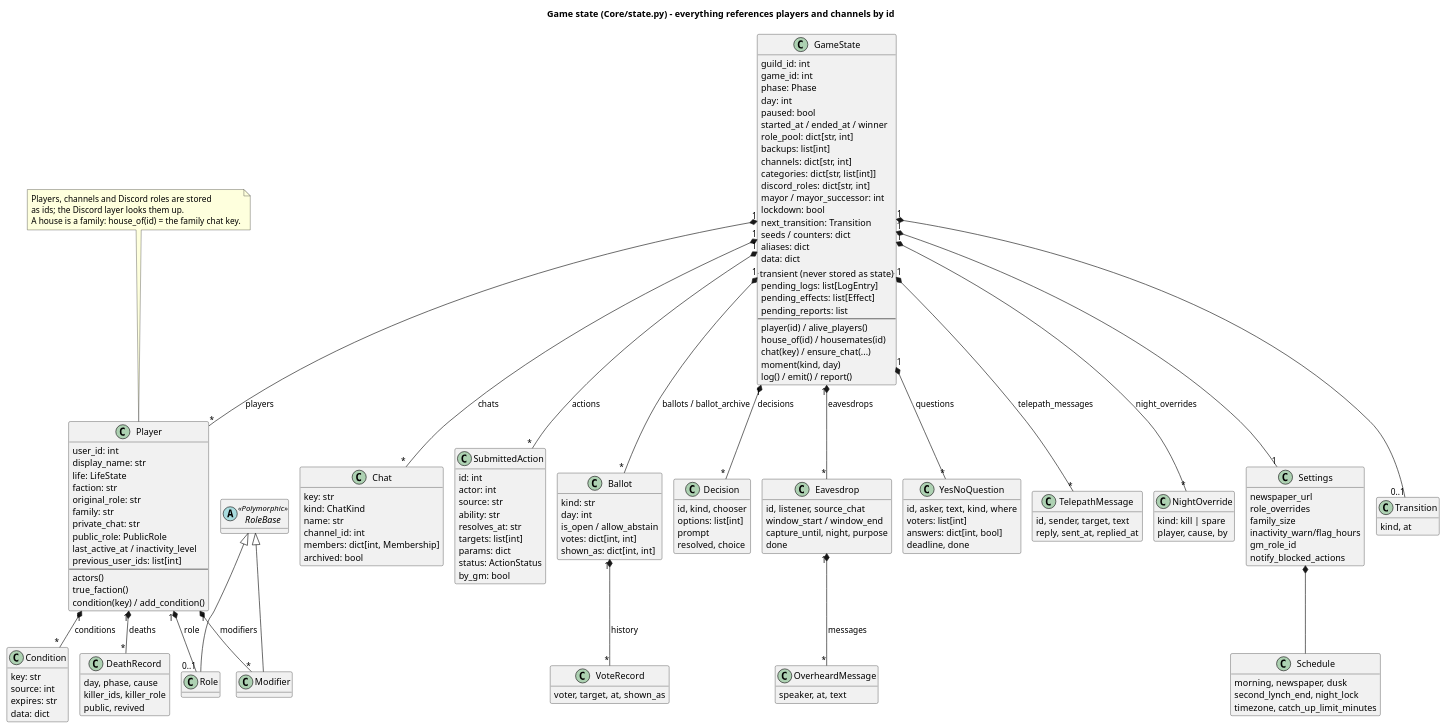
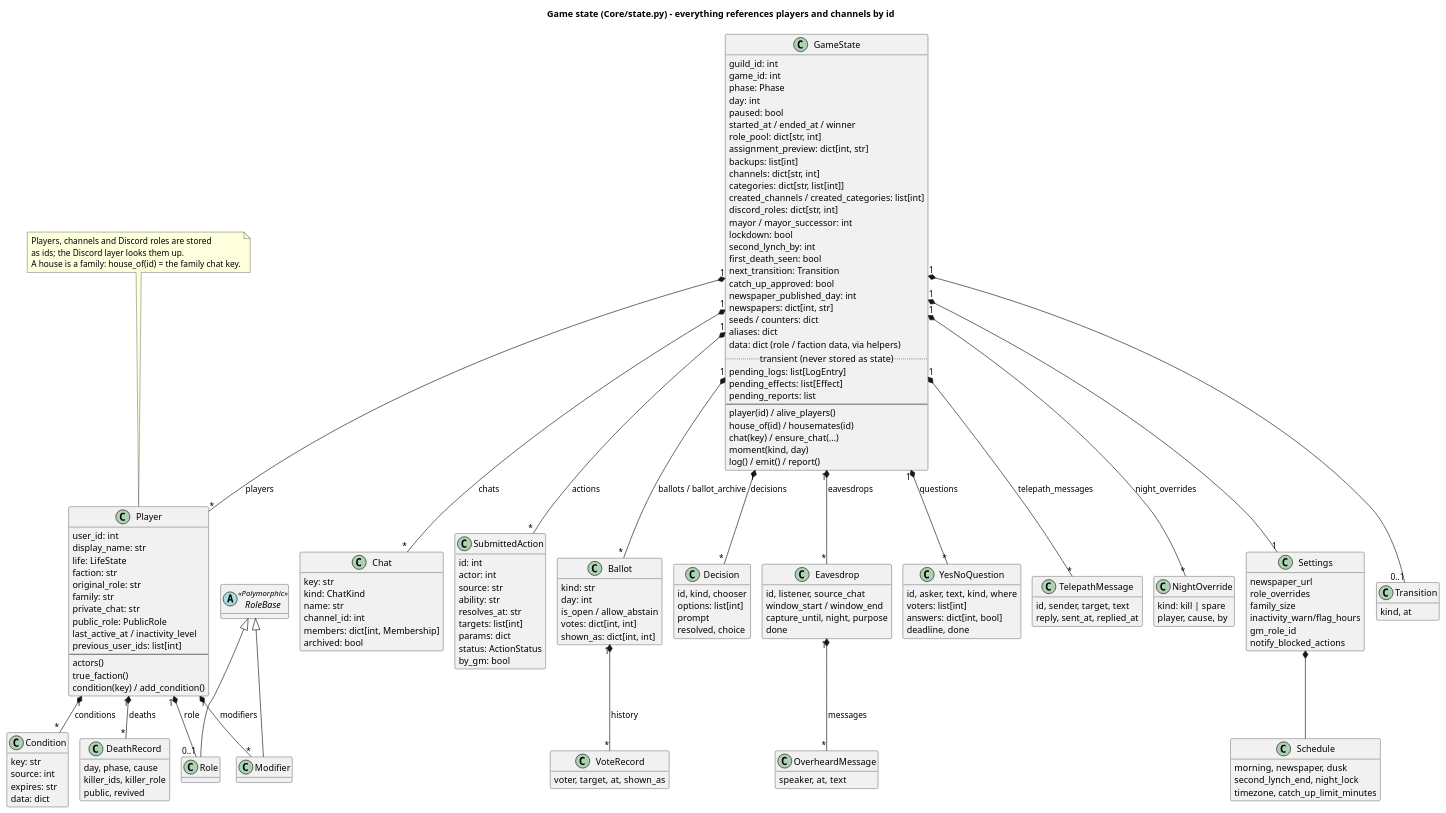
One commit to Mad-Scientist-Guild/Werewolves-bot changed the diagram in Docs/diagrams/03-state-model.puml. Above: the diagram before and after it, drawn with PlantUML. The commit also changed 17 other files, not shown here.

Commit message:
gave non-role "data" entries their own fields

```diff
--- a/Docs/diagrams/03-state-model.puml
+++ b/Docs/diagrams/03-state-model.puml
@@ -1,167 +1,174 @@
 @startuml 03-state-model
 !pragma layout smetana
 title Game state (Core/state.py) - everything references players and channels by id
 hide empty methods
 
 class GameState {
   guild_id: int
   game_id: int
   phase: Phase
   day: int
   paused: bool
   started_at / ended_at / winner
   role_pool: dict[str, int]
+  assignment_preview: dict[int, str]
   backups: list[int]
   channels: dict[str, int]
   categories: dict[str, list[int]]
+  created_channels / created_categories: list[int]
   discord_roles: dict[str, int]
   mayor / mayor_successor: int
   lockdown: bool
+  second_lynch_by: int
+  first_death_seen: bool
   next_transition: Transition
+  catch_up_approved: bool
+  newspaper_published_day: int
+  newspapers: dict[int, str]
   seeds / counters: dict
   aliases: dict
-  data: dict
+  data: dict (role / faction data, via helpers)
   .. transient (never stored as state) ..
   pending_logs: list[LogEntry]
   pending_effects: list[Effect]
   pending_reports: list
   --
   player(id) / alive_players()
   house_of(id) / housemates(id)
   chat(key) / ensure_chat(...)
   moment(kind, day)
   log() / emit() / report()
 }
 
 class Player {
   user_id: int
   display_name: str
   life: LifeState
   faction: str
   original_role: str
   family: str
   private_chat: str
   public_role: PublicRole
   last_active_at / inactivity_level
   previous_user_ids: list[int]
   --
   actors()
   true_faction()
   condition(key) / add_condition()
 }
 
 class Chat {
   key: str
   kind: ChatKind
   name: str
   channel_id: int
   members: dict[int, Membership]
   archived: bool
 }
 
 class SubmittedAction {
   id: int
   actor: int
   source: str
   ability: str
   resolves_at: str
   targets: list[int]
   params: dict
   status: ActionStatus
   by_gm: bool
 }
 
 class Ballot {
   kind: str
   day: int
   is_open / allow_abstain
   votes: dict[int, int]
   shown_as: dict[int, int]
 }
 class VoteRecord {
   voter, target, at, shown_as
 }
 class Decision {
   id, kind, chooser
   options: list[int]
   prompt
   resolved, choice
 }
 class Condition {
   key: str
   source: int
   expires: str
   data: dict
 }
 class DeathRecord {
   day, phase, cause
   killer_ids, killer_role
   public, revived
 }
 class Eavesdrop {
   id, listener, source_chat
   window_start / window_end
   capture_until, night, purpose
   done
 }
 class OverheardMessage {
   speaker, at, text
 }
 class YesNoQuestion {
   id, asker, text, kind, where
   voters: list[int]
   answers: dict[int, bool]
   deadline, done
 }
 class TelepathMessage {
   id, sender, target, text
   reply, sent_at, replied_at
 }
 class NightOverride {
   kind: kill | spare
   player, cause, by
 }
 class Settings {
   newspaper_url
   role_overrides
   family_size
   inactivity_warn/flag_hours
   gm_role_id
   notify_blocked_actions
 }
 class Schedule {
   morning, newspaper, dusk
   second_lynch_end, night_lock
   timezone, catch_up_limit_minutes
 }
 class Transition {
   kind, at
 }
 abstract class RoleBase <<Polymorphic>>
 class Role
 class Modifier
 RoleBase <|-- Role
 RoleBase <|-- Modifier
 
 GameState "1" *-- "*" Player : players
 GameState "1" *-- "*" Chat : chats
 GameState "1" *-- "*" SubmittedAction : actions
 GameState "1" *-- "*" Ballot : ballots / ballot_archive
 GameState "1" *-- "*" Decision : decisions
 GameState "1" *-- "*" NightOverride : night_overrides
 GameState "1" *-- "*" Eavesdrop : eavesdrops
 GameState "1" *-- "*" YesNoQuestion : questions
 GameState "1" *-- "*" TelepathMessage : telepath_messages
 GameState "1" *-- "1" Settings
 GameState "1" *-- "0..1" Transition
 Settings *-- Schedule
 Ballot "1" *-- "*" VoteRecord : history
 Eavesdrop "1" *-- "*" OverheardMessage : messages
 Player "1" *-- "0..1" Role : role
 Player "1" *-- "*" Modifier : modifiers
 Player "1" *-- "*" Condition : conditions
 Player "1" *-- "*" DeathRecord : deaths
 
 note "Players, channels and Discord roles are stored\nas ids; the Discord layer looks them up.\nA house is a family: house_of(id) = the family chat key." as N1
 N1 .. Player
 @enduml
```
